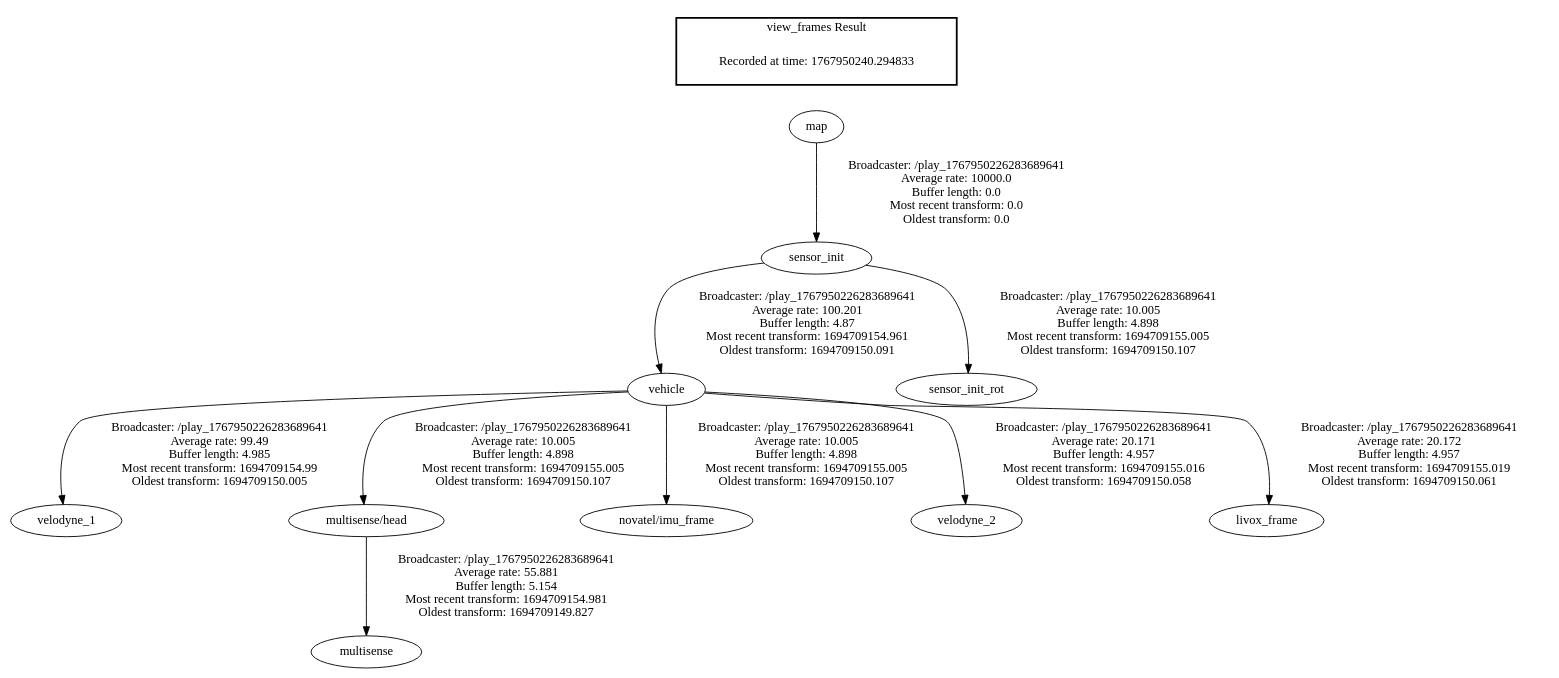
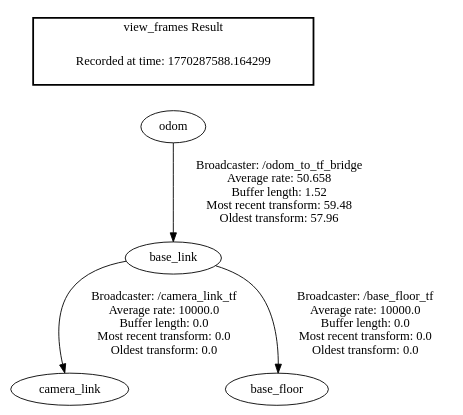
The diagram in frames.gv (Aika-Kawase/wild_visual_navigation), drawn with Graphviz before and after one commit. The commit also changed 8 other files, not shown here.

```diff
--- a/frames.gv
+++ b/frames.gv
@@ -1,15 +1,9 @@
 digraph G {
-"vehicle" -> "velodyne_1"[label=" Broadcaster: /play_1767950226283689641\nAverage rate: 99.49\nBuffer length: 4.985\nMost recent transform: 1694709154.99\nOldest transform: 1694709150.005\n"];
-"sensor_init" -> "vehicle"[label=" Broadcaster: /play_1767950226283689641\nAverage rate: 100.201\nBuffer length: 4.87\nMost recent transform: 1694709154.961\nOldest transform: 1694709150.091\n"];
-"multisense/head" -> "multisense"[label=" Broadcaster: /play_1767950226283689641\nAverage rate: 55.881\nBuffer length: 5.154\nMost recent transform: 1694709154.981\nOldest transform: 1694709149.827\n"];
-"vehicle" -> "multisense/head"[label=" Broadcaster: /play_1767950226283689641\nAverage rate: 10.005\nBuffer length: 4.898\nMost recent transform: 1694709155.005\nOldest transform: 1694709150.107\n"];
-"vehicle" -> "novatel/imu_frame"[label=" Broadcaster: /play_1767950226283689641\nAverage rate: 10.005\nBuffer length: 4.898\nMost recent transform: 1694709155.005\nOldest transform: 1694709150.107\n"];
-"vehicle" -> "velodyne_2"[label=" Broadcaster: /play_1767950226283689641\nAverage rate: 20.171\nBuffer length: 4.957\nMost recent transform: 1694709155.016\nOldest transform: 1694709150.058\n"];
-"sensor_init" -> "sensor_init_rot"[label=" Broadcaster: /play_1767950226283689641\nAverage rate: 10.005\nBuffer length: 4.898\nMost recent transform: 1694709155.005\nOldest transform: 1694709150.107\n"];
-"map" -> "sensor_init"[label=" Broadcaster: /play_1767950226283689641\nAverage rate: 10000.0\nBuffer length: 0.0\nMost recent transform: 0.0\nOldest transform: 0.0\n"];
-"vehicle" -> "livox_frame"[label=" Broadcaster: /play_1767950226283689641\nAverage rate: 20.172\nBuffer length: 4.957\nMost recent transform: 1694709155.019\nOldest transform: 1694709150.061\n"];
+"base_link" -> "camera_link"[label=" Broadcaster: /camera_link_tf\nAverage rate: 10000.0\nBuffer length: 0.0\nMost recent transform: 0.0\nOldest transform: 0.0\n"];
+"odom" -> "base_link"[label=" Broadcaster: /odom_to_tf_bridge\nAverage rate: 50.658\nBuffer length: 1.52\nMost recent transform: 59.48\nOldest transform: 57.96\n"];
+"base_link" -> "base_floor"[label=" Broadcaster: /base_floor_tf\nAverage rate: 10000.0\nBuffer length: 0.0\nMost recent transform: 0.0\nOldest transform: 0.0\n"];
 edge [style=invis];
  subgraph cluster_legend { style=bold; color=black; label ="view_frames Result";
-"Recorded at time: 1767950240.294833"[ shape=plaintext ] ;
-}->"map";
+"Recorded at time: 1770287588.164299"[ shape=plaintext ] ;
+}->"odom";
 }
```
